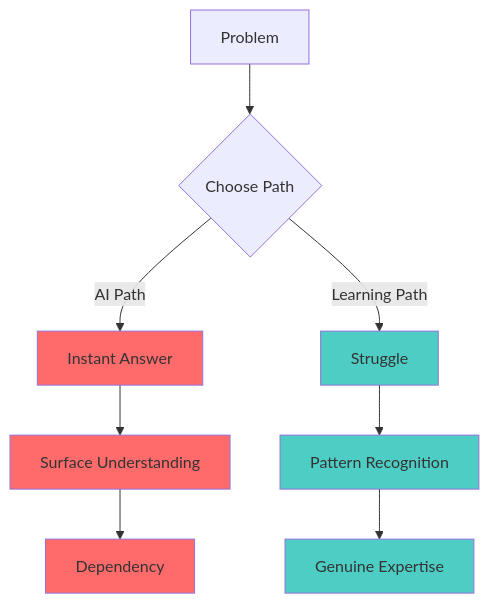
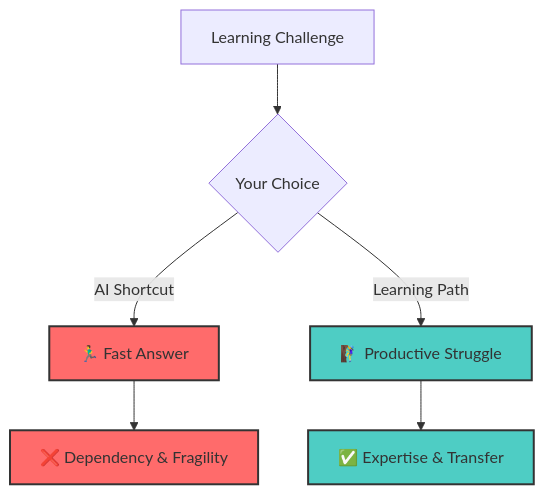
Before and after one commit to virtuelleakademie/denken-statt-delegieren: the third of 3 diagrams in slides/how-humans-learn/index.qmd, drawn with Mermaid. The commit also changed other lines of this file, not shown here.

````diff
--- a/slides/how-humans-learn/index.qmd
+++ b/slides/how-humans-learn/index.qmd
@@ -274,17 +266,13 @@
 ```{mermaid}
 graph TD
-    A[Problem] --> B{Choose Path}
-    B -->|AI Path| C[Instant Answer]
-    B -->|Learning Path| D[Struggle]
-    C --> E[Surface Understanding]
-    D --> F[Pattern Recognition]
-    F --> G[Genuine Expertise]
-    E --> H[Dependency]
+    A[Learning Challenge] --> B{Your Choice}
+    B -->|AI Shortcut| C[🏃‍♂️ Fast Answer]
+    B -->|Learning Path| D[🧗‍♀️ Productive Struggle]
+    C --> E[❌ Dependency & Fragility]
+    D --> F[✅ Expertise & Transfer]
     
-    style C fill:#ff6b6b
-    style E fill:#ff6b6b
-    style H fill:#ff6b6b
-    style D fill:#4ecdc4
-    style F fill:#4ecdc4
-    style G fill:#4ecdc4
+    style C fill:#ff6b6b,stroke:#333,stroke-width:2px
+    style E fill:#ff6b6b,stroke:#333,stroke-width:2px
+    style D fill:#4ecdc4,stroke:#333,stroke-width:2px
+    style F fill:#4ecdc4,stroke:#333,stroke-width:2px
 ```
````
